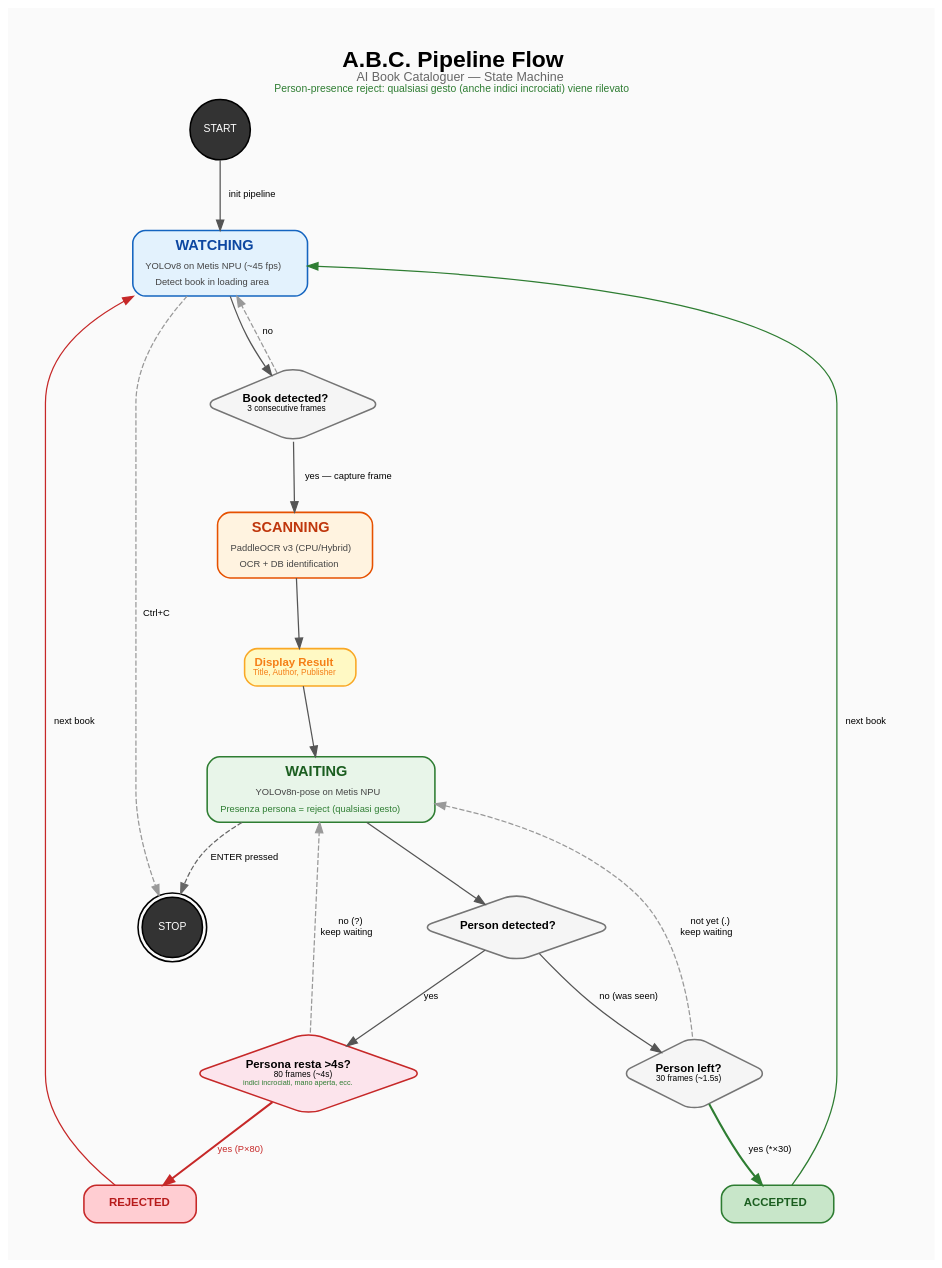
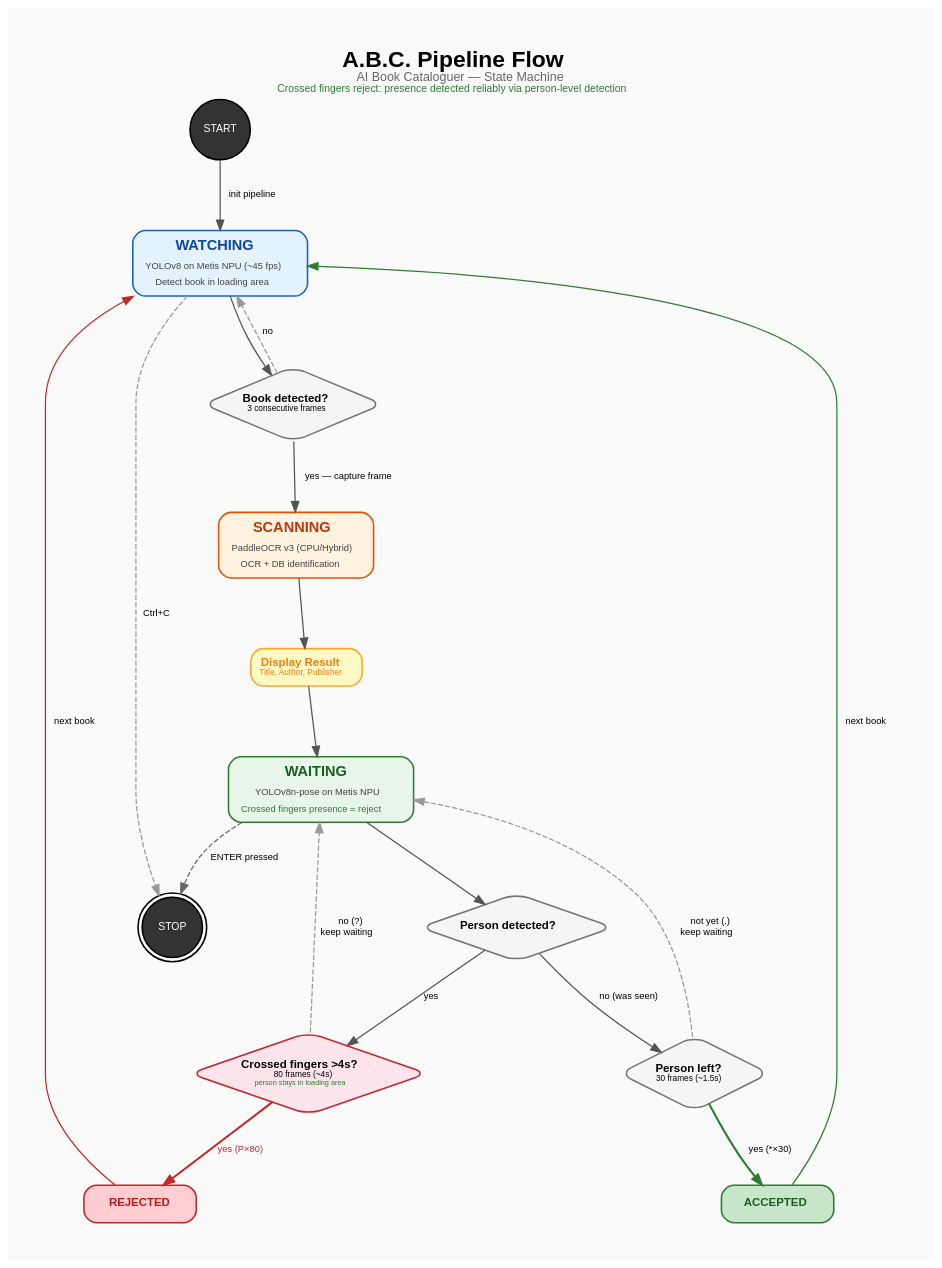
The diagram in software/doc/pipeline_flow.dot (denovo-it/abc), drawn with Graphviz before and after one commit. The commit also changed 2 other files, not shown here.

Commit message:
Update pipeline flow: English text, crossed fingers reject terminology

```diff
--- a/software/doc/pipeline_flow.dot
+++ b/software/doc/pipeline_flow.dot
@@ -1,139 +1,139 @@
 digraph ABCPipeline {
     // Graph settings
     rankdir=TB;
     bgcolor="#FAFAFA";
     fontname="Helvetica";
-    label=<<B><FONT POINT-SIZE="22">A.B.C. Pipeline Flow</FONT></B><BR/><FONT POINT-SIZE="12" COLOR="#666666">AI Book Cataloguer — State Machine</FONT><BR/><FONT POINT-SIZE="10" COLOR="#2E7D32">Person-presence reject: qualsiasi gesto (anche indici incrociati) viene rilevato</FONT>>;
+    label=<<B><FONT POINT-SIZE="22">A.B.C. Pipeline Flow</FONT></B><BR/><FONT POINT-SIZE="12" COLOR="#666666">AI Book Cataloguer — State Machine</FONT><BR/><FONT POINT-SIZE="10" COLOR="#2E7D32">Crossed fingers reject: presence detected reliably via person-level detection</FONT>>;
     labelloc=t;
     labeljust=c;
     pad=0.5;
     nodesep=0.6;
     ranksep=0.8;
 
     // Default node style
     node [fontname="Helvetica", fontsize=11, style="filled,rounded", shape=box, penwidth=1.5];
     edge [fontname="Helvetica", fontsize=9, color="#555555", penwidth=1.2];
 
     // Start/End
     start [label="START", shape=circle, width=0.8, fixedsize=true,
            fillcolor="#333333", fontcolor="white", fontsize=10];
     stop  [label="STOP",  shape=doublecircle, width=0.8, fixedsize=true,
            fillcolor="#333333", fontcolor="white", fontsize=10];
 
     // === STATE: WATCHING ===
     watching [
         label=<<TABLE BORDER="0" CELLBORDER="0" CELLSPACING="2">
             <TR><TD><B><FONT POINT-SIZE="14">WATCHING</FONT></B></TD></TR>
             <TR><TD><FONT POINT-SIZE="9" COLOR="#444444">YOLOv8 on Metis NPU (~45 fps)</FONT></TD></TR>
             <TR><TD><FONT POINT-SIZE="9" COLOR="#444444">Detect book in loading area</FONT></TD></TR>
         </TABLE>>,
         fillcolor="#E3F2FD", color="#1565C0", fontcolor="#0D47A1"
     ];
 
     // === STATE: SCANNING ===
     scanning [
         label=<<TABLE BORDER="0" CELLBORDER="0" CELLSPACING="2">
             <TR><TD><B><FONT POINT-SIZE="14">SCANNING</FONT></B></TD></TR>
             <TR><TD><FONT POINT-SIZE="9" COLOR="#444444">PaddleOCR v3 (CPU/Hybrid)</FONT></TD></TR>
             <TR><TD><FONT POINT-SIZE="9" COLOR="#444444">OCR + DB identification</FONT></TD></TR>
         </TABLE>>,
         fillcolor="#FFF3E0", color="#E65100", fontcolor="#BF360C"
     ];
 
     // === STATE: WAITING ===
     waiting [
         label=<<TABLE BORDER="0" CELLBORDER="0" CELLSPACING="2">
             <TR><TD><B><FONT POINT-SIZE="14">WAITING</FONT></B></TD></TR>
             <TR><TD><FONT POINT-SIZE="9" COLOR="#444444">YOLOv8n-pose on Metis NPU</FONT></TD></TR>
-            <TR><TD><FONT POINT-SIZE="9" COLOR="#2E7D32">Presenza persona = reject (qualsiasi gesto)</FONT></TD></TR>
+            <TR><TD><FONT POINT-SIZE="9" COLOR="#2E7D32">Crossed fingers presence = reject</FONT></TD></TR>
         </TABLE>>,
         fillcolor="#E8F5E9", color="#2E7D32", fontcolor="#1B5E20"
     ];
 
     // Decision nodes
     book_detected [
         label=<<B>Book detected?</B><BR/><FONT POINT-SIZE="8">3 consecutive frames</FONT>>,
         shape=diamond, fillcolor="#F5F5F5", color="#757575",
         height=1.0, width=2.2
     ];
 
     display_result [
         label=<<B>Display Result</B><BR/><FONT POINT-SIZE="8">Title, Author, Publisher</FONT>>,
         fillcolor="#FFF9C4", color="#F9A825", fontcolor="#F57F17",
         shape=box
     ];
 
     person_check [
         label=<<B>Person detected?</B>>,
         shape=diamond, fillcolor="#F5F5F5", color="#757575",
         height=0.9, width=2.0
     ];
 
     gesture_check [
-        label=<<B>Persona resta &gt;4s?</B><BR/><FONT POINT-SIZE="8">80 frames (~4s)</FONT><BR/><FONT POINT-SIZE="7" COLOR="#2E7D32">indici incrociati, mano aperta, ecc.</FONT>>,
+        label=<<B>Crossed fingers &gt;4s?</B><BR/><FONT POINT-SIZE="8">80 frames (~4s)</FONT><BR/><FONT POINT-SIZE="7" COLOR="#2E7D32">person stays in loading area</FONT>>,
         shape=diamond, fillcolor="#FCE4EC", color="#C62828",
         height=1.1, width=2.4
     ];
 
     person_left [
         label=<<B>Person left?</B><BR/><FONT POINT-SIZE="8">30 frames (~1.5s)</FONT>>,
         shape=diamond, fillcolor="#F5F5F5", color="#757575",
         height=1.0, width=2.0
     ];
 
     // Result nodes
     accepted [
         label=<<B>ACCEPTED</B>>,
         fillcolor="#C8E6C9", color="#2E7D32", fontcolor="#1B5E20",
         shape=box, width=1.5
     ];
 
     rejected [
         label=<<B>REJECTED</B>>,
         fillcolor="#FFCDD2", color="#C62828", fontcolor="#B71C1C",
         shape=box, width=1.5
     ];
 
     // === EDGES ===
 
     // Start -> Watching
     start -> watching [label="  init pipeline"];
 
     // Watching loop
     watching -> book_detected;
     book_detected -> watching [label="  no  ", style=dashed, color="#999999"];
     book_detected -> scanning [label="  yes — capture frame  "];
 
     // Scanning -> Display -> Waiting
     scanning -> display_result;
     display_result -> waiting;
 
     // Waiting logic
     waiting -> person_check;
 
     // Person detected -> gesture check
     person_check -> gesture_check [label="  yes  "];
     person_check -> person_left [label="  no (was seen)  "];
 
     // Gesture outcomes
     gesture_check -> rejected [label=<<FONT COLOR="#C62828">  yes (P×80)  </FONT>>,
                                color="#C62828", penwidth=2.0];
     gesture_check -> waiting [label="  no (?)\nkeep waiting  ", style=dashed, color="#999999"];
 
     // Person left check
     person_left -> accepted [label="  yes (*×30)  ", color="#2E7D32", penwidth=2.0];
     person_left -> waiting [label="  not yet (.)\nkeep waiting  ", style=dashed, color="#999999"];
 
     // Loop back
     accepted -> watching [label="  next book  ", color="#2E7D32", style=bold];
     rejected -> watching [label="  next book  ", color="#C62828", style=bold];
 
     // ENTER -> quit
     waiting -> stop [label="  ENTER pressed  ", style=dashed, color="#666666"];
 
     // Ctrl+C
     watching -> stop [label="  Ctrl+C  ", style=dashed, color="#999999"];
 
     // Rank hints
     {rank=same; accepted; rejected;}
 }
```
